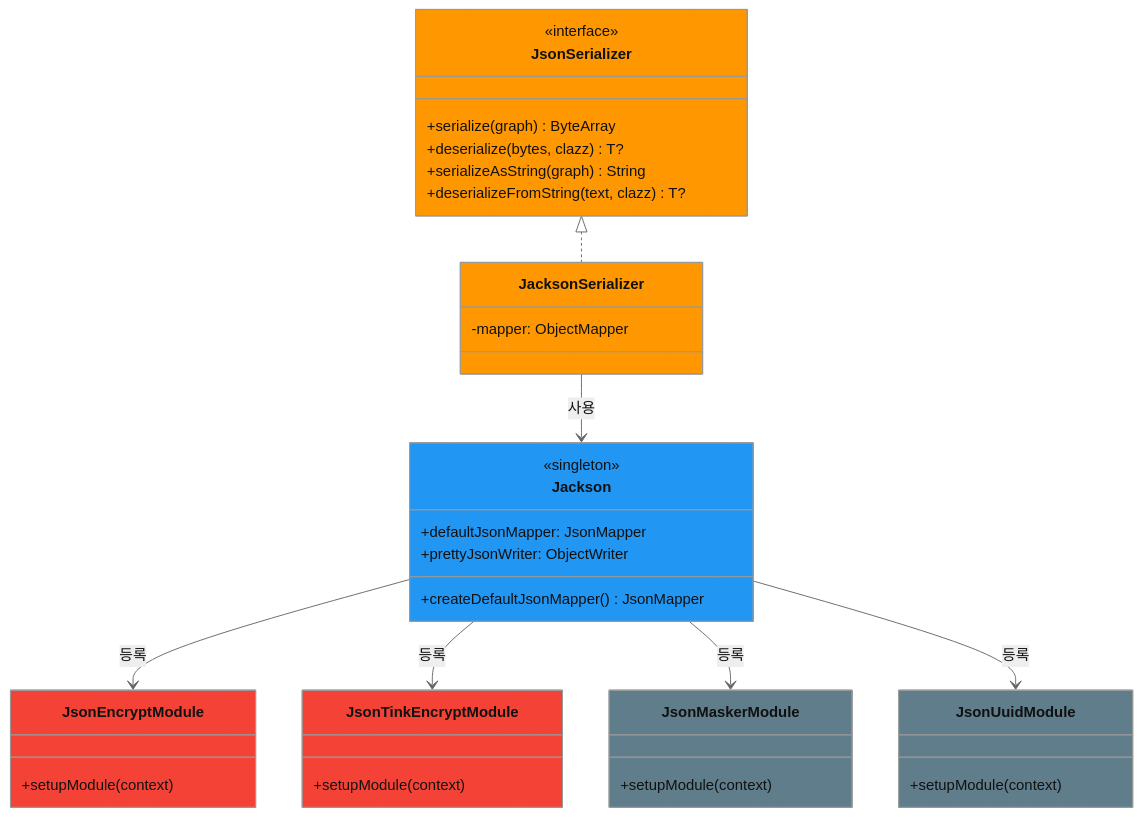
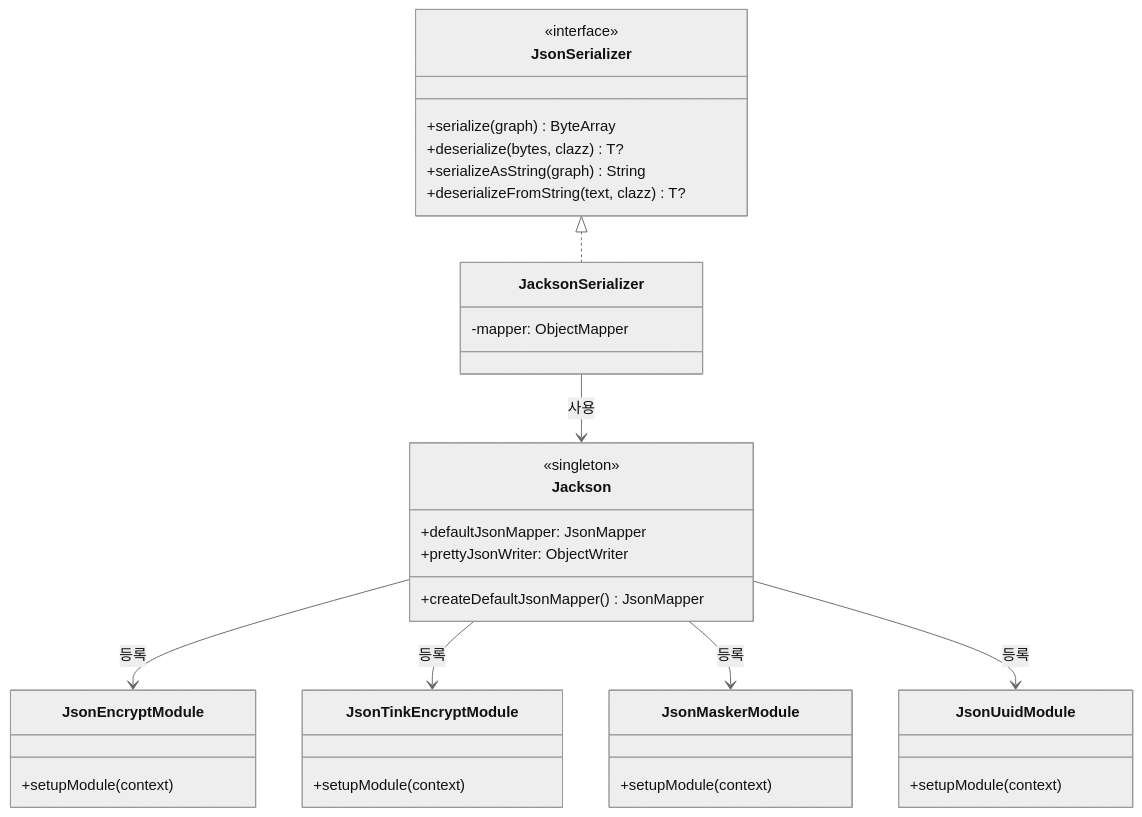
One commit to bluetape4k/bluetape4k-projects changed the second of 3 diagrams in io/jackson3/README.md. Above: the diagram before and after it, drawn with Mermaid (neutral theme). The commit also changed 95 other files, not shown here.

First line of the commit message:
docs: Mermaid 파서 오류 전체 수정 (IntelliJ IDEA 호환)

````diff
--- a/io/jackson3/README.md
+++ b/io/jackson3/README.md
@@ -315,50 +315,45 @@
 ```mermaid
 classDiagram
-    class JsonSerializer:::serializerStyle {
+    class JsonSerializer {
         <<interface>>
         +serialize(graph) ByteArray
         +deserialize(bytes, clazz) T?
         +serializeAsString(graph) String
         +deserializeFromString(text, clazz) T?
     }
 
-    class JacksonSerializer:::serializerStyle {
+    class JacksonSerializer {
         -mapper: ObjectMapper
     }
 
-    class Jackson:::codecStyle {
+    class Jackson {
         <<singleton>>
         +defaultJsonMapper: JsonMapper
         +prettyJsonWriter: ObjectWriter
         +createDefaultJsonMapper() JsonMapper
     }
 
-    class JsonEncryptModule:::encryptStyle {
+    class JsonEncryptModule {
         +setupModule(context)
     }
 
-    class JsonTinkEncryptModule:::encryptStyle {
+    class JsonTinkEncryptModule {
         +setupModule(context)
     }
 
-    class JsonMaskerModule:::ioStyle {
+    class JsonMaskerModule {
         +setupModule(context)
     }
 
-    class JsonUuidModule:::ioStyle {
+    class JsonUuidModule {
         +setupModule(context)
     }
 
     JsonSerializer <|.. JacksonSerializer
     JacksonSerializer --> Jackson : 사용
     Jackson --> JsonEncryptModule : 등록
     Jackson --> JsonTinkEncryptModule : 등록
     Jackson --> JsonMaskerModule : 등록
     Jackson --> JsonUuidModule : 등록
 
-    classDef serializerStyle fill:#FF9800
-    classDef encryptStyle fill:#F44336
-    classDef ioStyle fill:#607D8B
-    classDef codecStyle fill:#2196F3
-    classDef extensionStyle fill:#4CAF50
 ```
````
